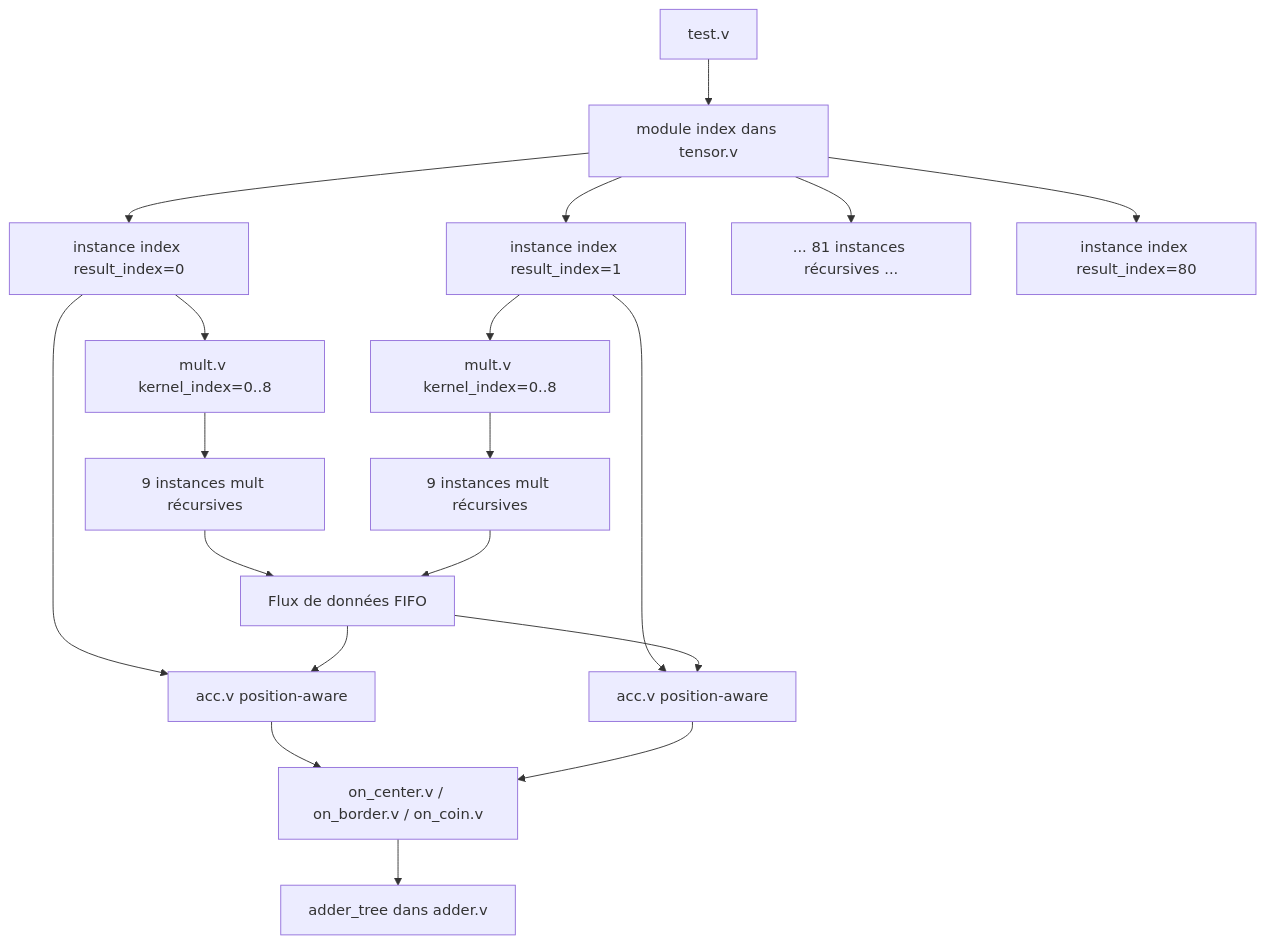
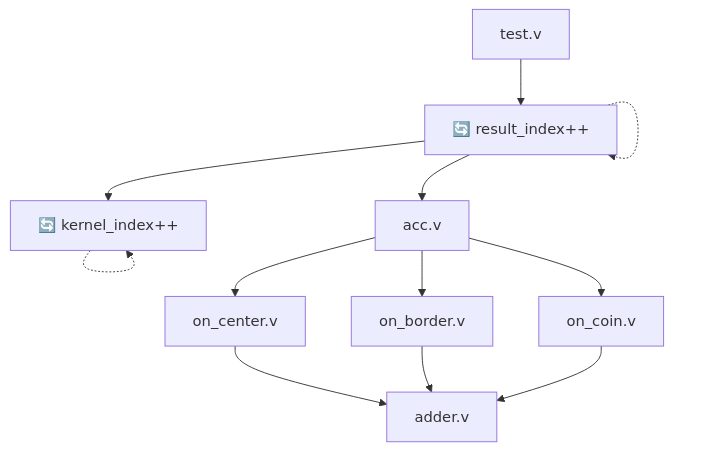
One commit to jalcim/logilib changed the ninth of 15 diagrams in src/tensor/README_FR.md. Above: the diagram before and after it, drawn with Mermaid. The commit also changed 1 other file, not shown here.

Commit message:
README simple

````diff
--- a/src/tensor/README_FR.md
+++ b/src/tensor/README_FR.md
@@ -196,25 +196,14 @@
 ```mermaid
 graph TD
-    A[test.v] --> B[module index dans tensor.v]
-    B --> B1[instance index result_index=0]
-    B --> B2[instance index result_index=1]
-    B --> B3[... 81 instances récursives ...]
-    B --> B81[instance index result_index=80]
-
-    B1 --> C1[mult.v kernel_index=0..8]
-    B1 --> D1[acc.v position-aware]
-    B2 --> C2[mult.v kernel_index=0..8]
-    B2 --> D2[acc.v position-aware]
-
-    C1 --> E1[9 instances mult récursives]
-    C2 --> E2[9 instances mult récursives]
-
-    D1 --> F[on_center.v / on_border.v / on_coin.v]
-    D2 --> F
-    F --> G[adder_tree dans adder.v]
-
-    E1 --> H[Flux de données FIFO]
-    E2 --> H
-    H --> D1
-    H --> D2
+    A[test.v] --> B[tensor.v index]
+    B --> C[mult.v]
+    B --> D[acc.v]
+    B -.-> B[🔄 result_index++]
+    C -.-> C[🔄 kernel_index++]
+    D --> E[on_center.v]
+    D --> F[on_border.v]
+    D --> G[on_coin.v]
+    E --> H[adder.v]
+    F --> H
+    G --> H
 ```
````
